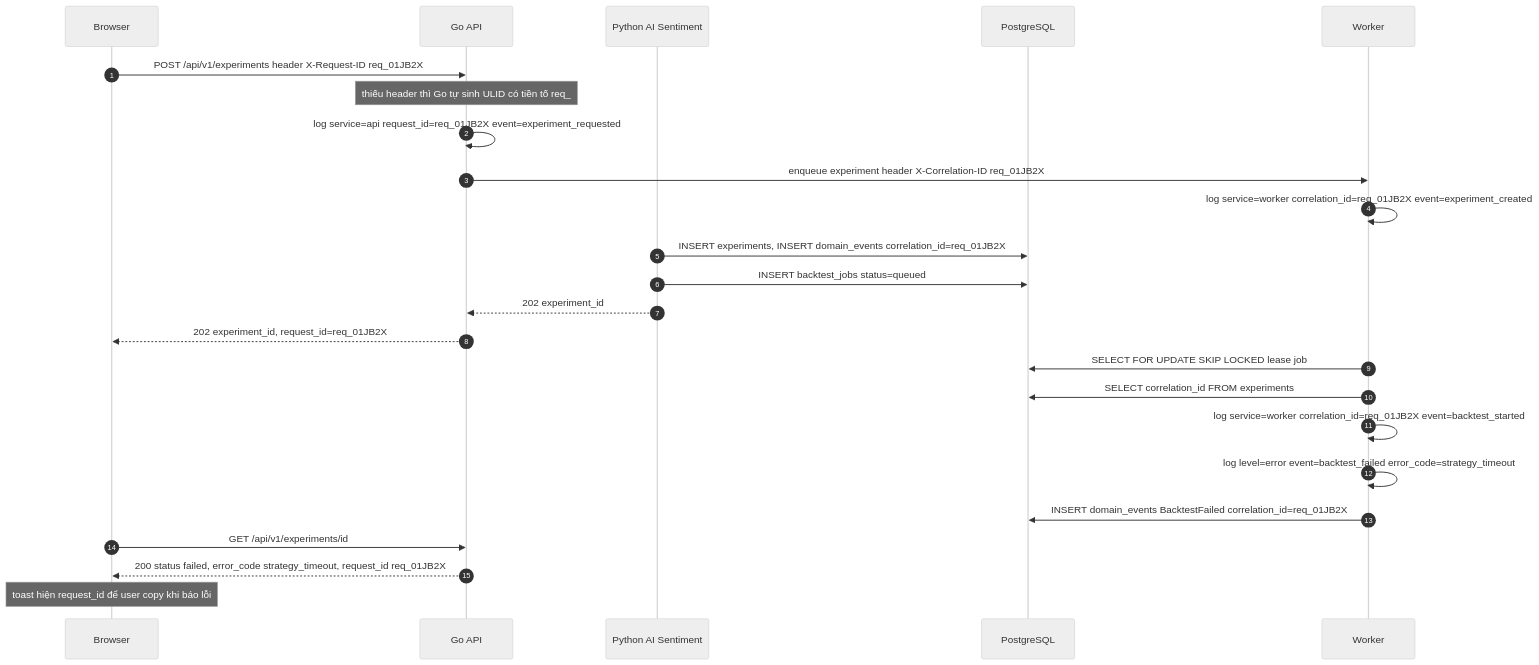
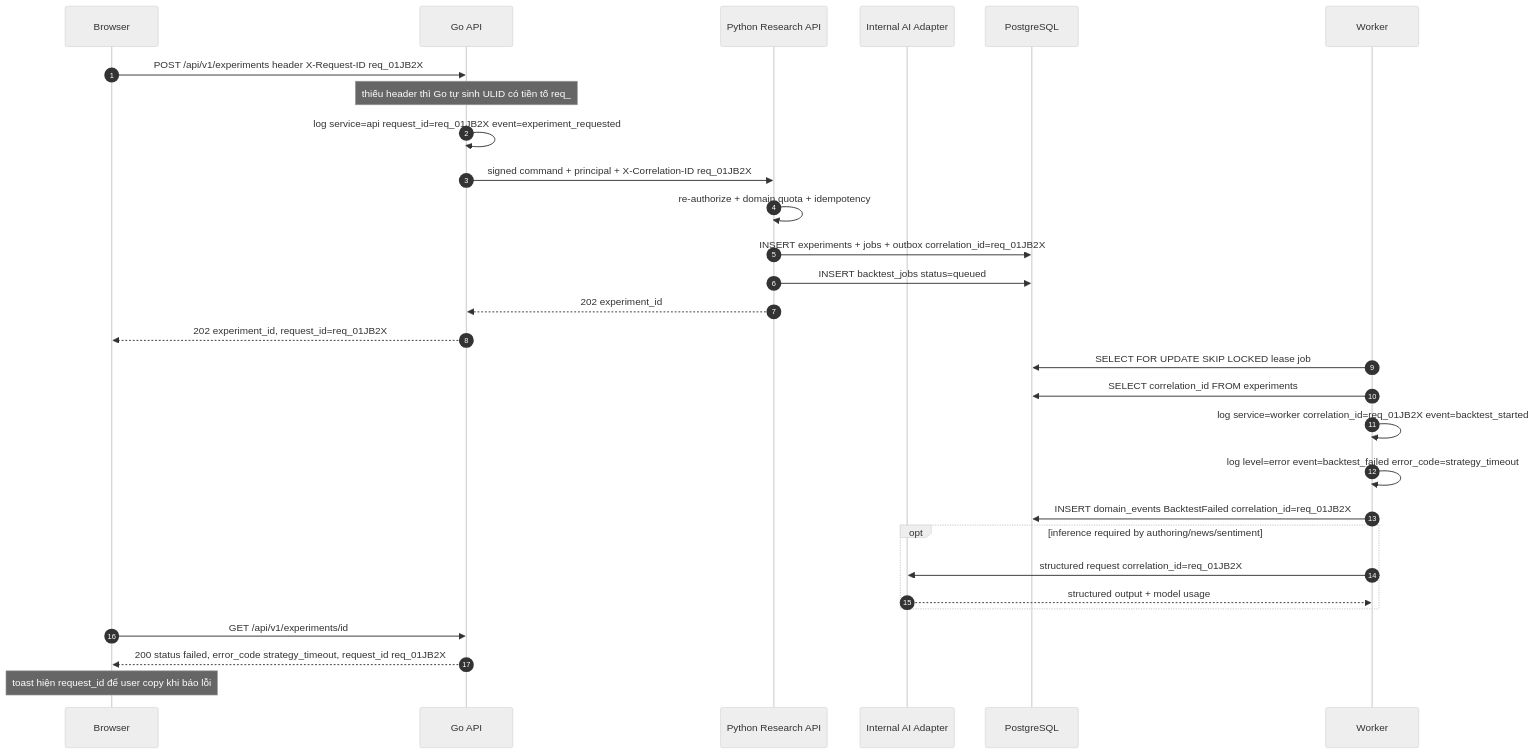
Before and after one commit to EnsoTech-Studio/CryptoBot: the first of 2 diagrams in blueprint/specs/observability.md, drawn with Mermaid (neutral theme). The commit also changed other lines of this file and 129 other files, not shown here.

Commit message:
docs(blueprint): define agent architecture

````diff
--- a/blueprint/specs/observability.md
+++ b/blueprint/specs/observability.md
@@ -52,28 +52,33 @@
 ```mermaid
 sequenceDiagram
     autonumber
     participant B as Browser
     participant GO as Go API
-    participant PY as Python AI Sentiment
+    participant PY as Python Research API
+    participant AI as Internal AI Adapter
     participant DB as PostgreSQL
     participant W as Worker
 
     B->>GO: POST /api/v1/experiments header X-Request-ID req_01JB2X
     Note over GO: thiếu header thì Go tự sinh ULID có tiền tố req_
     GO->>GO: log service=api request_id=req_01JB2X event=experiment_requested
-    GO->>W: enqueue experiment header X-Correlation-ID req_01JB2X
-    W->>W: log service=worker correlation_id=req_01JB2X event=experiment_created
-    PY->>DB: INSERT experiments, INSERT domain_events correlation_id=req_01JB2X
+    GO->>PY: signed command + principal + X-Correlation-ID req_01JB2X
+    PY->>PY: re-authorize + domain quota + idempotency
+    PY->>DB: INSERT experiments + jobs + outbox correlation_id=req_01JB2X
     PY->>DB: INSERT backtest_jobs status=queued
     PY-->>GO: 202 experiment_id
     GO-->>B: 202 experiment_id, request_id=req_01JB2X
 
     W->>DB: SELECT FOR UPDATE SKIP LOCKED lease job
     W->>DB: SELECT correlation_id FROM experiments
     W->>W: log service=worker correlation_id=req_01JB2X event=backtest_started
     W->>W: log level=error event=backtest_failed error_code=strategy_timeout
     W->>DB: INSERT domain_events BacktestFailed correlation_id=req_01JB2X
+    opt inference required by authoring/news/sentiment
+        W->>AI: structured request correlation_id=req_01JB2X
+        AI-->>W: structured output + model usage
+    end
     B->>GO: GET /api/v1/experiments/id
     GO-->>B: 200 status failed, error_code strategy_timeout, request_id req_01JB2X
     Note over B: toast hiện request_id để user copy khi báo lỗi
 ```
````
